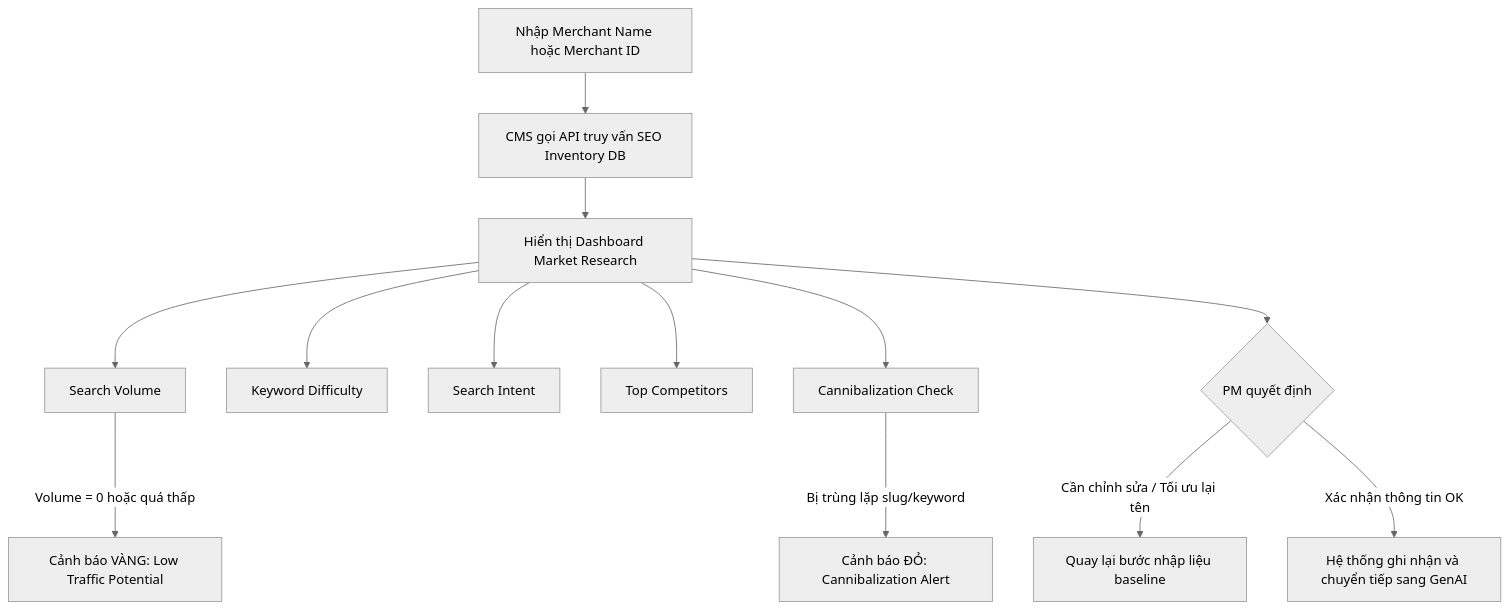
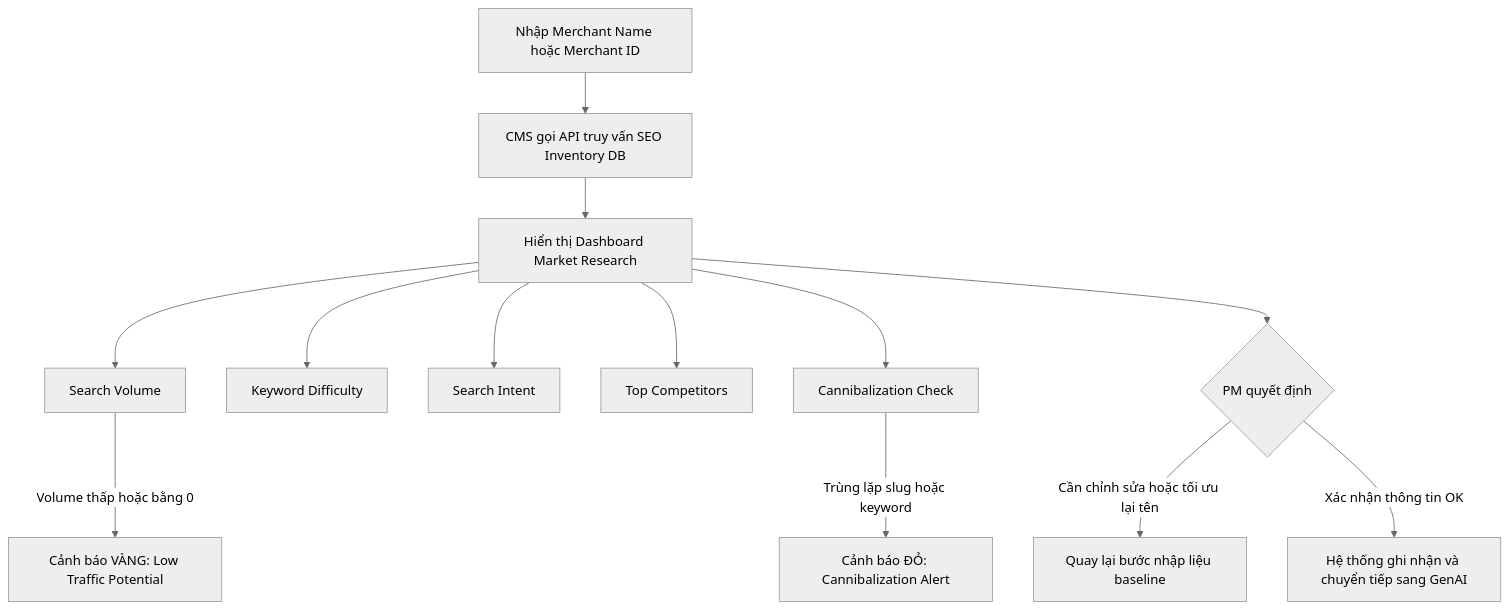
Before and after one commit to vanhien26/hienho-knowledgebase: the second of 2 diagrams in 08_PRD/doi-tac-prd.md, drawn with Mermaid (neutral theme). The commit also changed other lines of this file and 7 other files, not shown here.

First line of the commit message:
docs: restructure Merchant BRD, sync PRD v0.3, fix Mermaid diagrams

````diff
--- a/08_PRD/doi-tac-prd.md
+++ b/08_PRD/doi-tac-prd.md
@@ -323,18 +324,18 @@
 ```mermaid
 graph TD
-    SubA[Nhập Merchant Name hoặc Merchant ID] --> SubB[CMS gọi API truy vấn SEO Inventory DB]
-    SubB --> SubC[Hiển thị Dashboard Market Research]
-    
-    SubC --> SubD1[Search Volume]
-    SubC --> SubD2[Keyword Difficulty]
-    SubC --> SubD3[Search Intent]
-    SubC --> SubD4[Top Competitors]
-    SubC --> SubD5[Cannibalization Check]
-    
-    SubD5 -->|Bị trùng lặp slug/keyword| Warn1[Cảnh báo ĐỎ: Cannibalization Alert]
-    SubD1 -->|Volume = 0 hoặc quá thấp| Warn2[Cảnh báo VÀNG: Low Traffic Potential]
-    
-    SubC --> SubE{PM quyết định}
-    SubE -->|Cần chỉnh sửa / Tối ưu lại tên| SubF[Quay lại bước nhập liệu baseline]
-    SubE -->|Xác nhận thông tin OK| SubG[Hệ thống ghi nhận và chuyển tiếp sang GenAI]
+    SubA["Nhập Merchant Name hoặc Merchant ID"] --> SubB["CMS gọi API truy vấn SEO Inventory DB"]
+    SubB --> SubC["Hiển thị Dashboard Market Research"]
+
+    SubC --> SubD1["Search Volume"]
+    SubC --> SubD2["Keyword Difficulty"]
+    SubC --> SubD3["Search Intent"]
+    SubC --> SubD4["Top Competitors"]
+    SubC --> SubD5["Cannibalization Check"]
+
+    SubD5 -->|"Trùng lặp slug hoặc keyword"| Warn1["Cảnh báo ĐỎ: Cannibalization Alert"]
+    SubD1 -->|"Volume thấp hoặc bằng 0"| Warn2["Cảnh báo VÀNG: Low Traffic Potential"]
+
+    SubC --> SubE{"PM quyết định"}
+    SubE -->|"Cần chỉnh sửa hoặc tối ưu lại tên"| SubF["Quay lại bước nhập liệu baseline"]
+    SubE -->|"Xác nhận thông tin OK"| SubG["Hệ thống ghi nhận và chuyển tiếp sang GenAI"]
 ```
````
